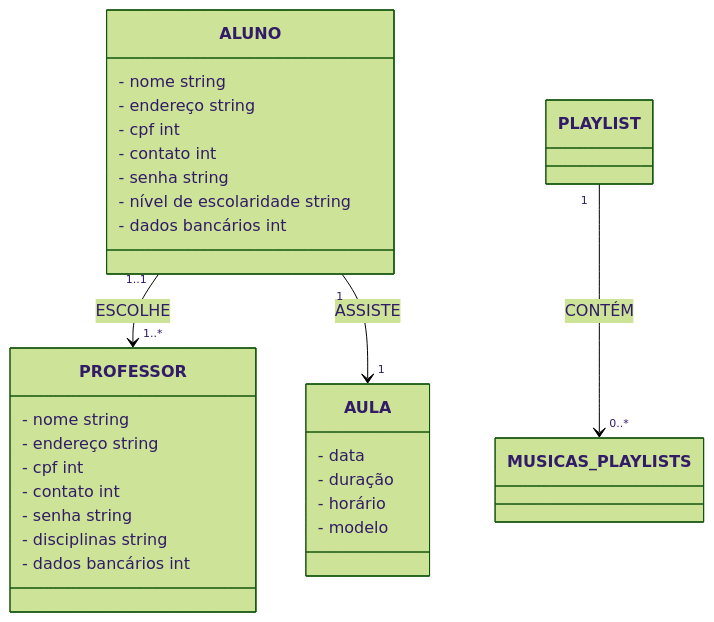
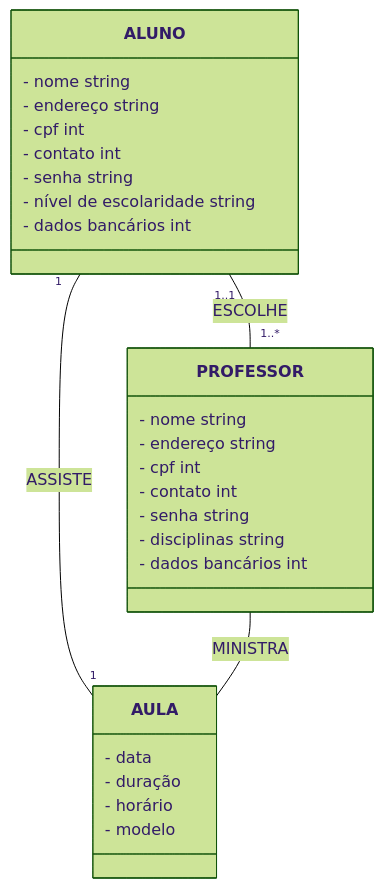
One commit to iagorosa28/eng_software changed the diagram in README.md. Above: the diagram before and after it, drawn with Mermaid (forest theme).

````diff
--- a/README.md
+++ b/README.md
@@ -312,32 +312,32 @@
 ```mermaid
 classDiagram
 
-  ALUNO "1..1" --> "1..*" PROFESSOR : ESCOLHE
-  ALUNO "1" --> "1" AULA : ASSISTE
-  PLAYLIST "1" --> "0..*" MUSICAS_PLAYLISTS : CONTÉM
+  ALUNO "1..1" -- "1..*" PROFESSOR : ESCOLHE
+  ALUNO "1" -- "1" AULA : ASSISTE
+  PROFESSOR "" -- "" AULA : MINISTRA
 
   class ALUNO
   ALUNO : - nome string
   ALUNO : - endereço string
   ALUNO : - cpf int
   ALUNO : - contato int
   ALUNO : - senha string
   ALUNO : - nível de escolaridade string
   ALUNO : - dados bancários int
 
   class PROFESSOR
   PROFESSOR : - nome string
   PROFESSOR : - endereço string
   PROFESSOR : - cpf int
   PROFESSOR : - contato int
   PROFESSOR : - senha string
   PROFESSOR : - disciplinas string
   PROFESSOR : - dados bancários int
 
   class AULA
   AULA : - data
   AULA : - duração
   AULA : - horário
   AULA : - modelo
 
 ```
````
